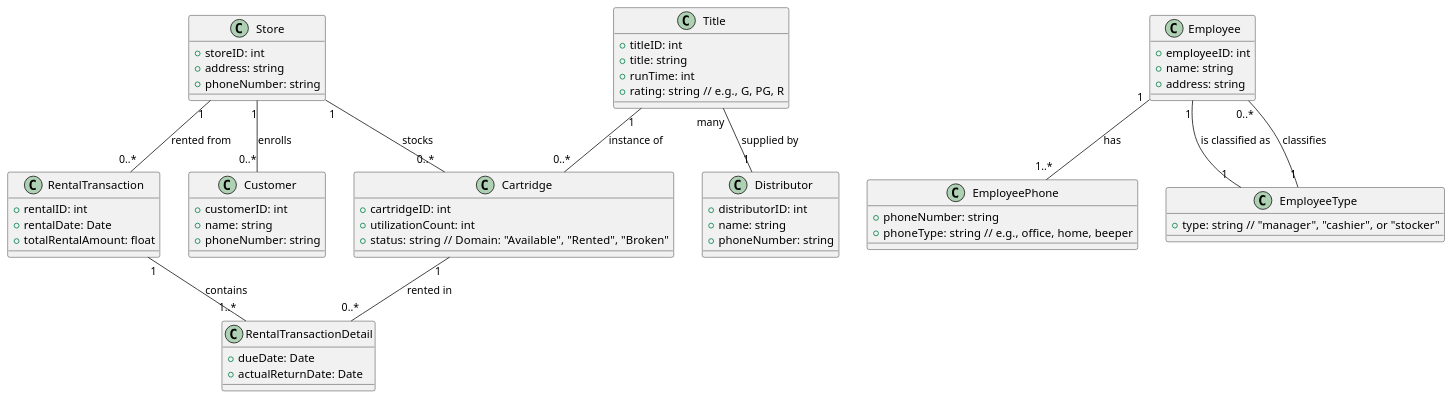
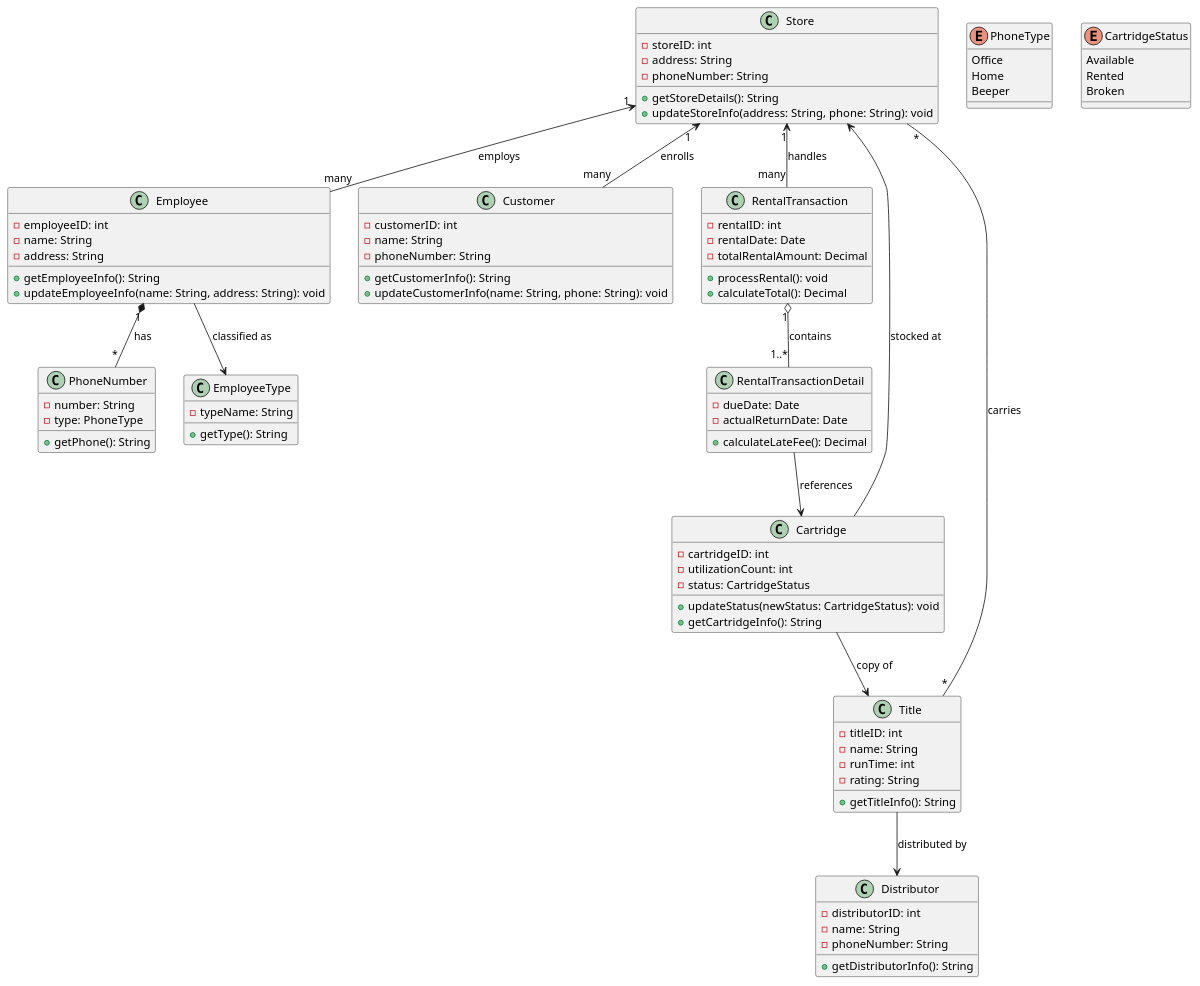
One commit to RayWP/pfsa-id changed the diagram in survey/gen-r-ent-o3-mini/R36_Video Rental_class_diagram.puml. Above: the diagram before and after it, drawn with PlantUML. The commit also changed 20 other files, not shown here.

```diff
--- a/survey/gen-r-ent-o3-mini/R36_Video Rental_class_diagram.puml
+++ b/survey/gen-r-ent-o3-mini/R36_Video Rental_class_diagram.puml
@@ -1,89 +1,132 @@
 @startuml
 
-' Store class
+'============================
+' Store and Related Classes
+'============================
 class Store {
-  +storeID: int
-  +address: string
-  +phoneNumber: string
+  - storeID: int
+  - address: String
+  - phoneNumber: String
+  + getStoreDetails(): String
+  + updateStoreInfo(address: String, phone: String): void
 }
 
-' Employee and related phone and type
+' A store enrolls customers and employs employees.
+Store "1" <-- "many" Employee : employs
+Store "1" <-- "many" Customer : enrolls
+Store "1" <-- "many" RentalTransaction : handles
+
+'============================
+' Employee and PhoneNumber
+'============================
 class Employee {
-  +employeeID: int
-  +name: string
-  +address: string
-}
-class EmployeePhone {
-  +phoneNumber: string
-  +phoneType: string  // e.g., office, home, beeper
-}
-class EmployeeType {
-  +type: string  // "manager", "cashier", or "stocker"
+  - employeeID: int
+  - name: String
+  - address: String
+  + getEmployeeInfo(): String 
+  + updateEmployeeInfo(name: String, address: String): void
 }
 
-' Relationship: an Employee has one or more phone numbers
-Employee "1" -- "1..*" EmployeePhone : has
-' Each Employee is classified by one EmployeeType (and one type classifies many employees)
-Employee "1" -- "1" EmployeeType : is classified as
-EmployeeType "1" -- "0..*" Employee : classifies
+' Each employee has one employee type (manager, cashier, stocker)
+class EmployeeType {
+  - typeName: String
+  + getType(): String
+}
+Employee --> EmployeeType : classified as
 
-' Title and Distributor
-class Title {
-  +titleID: int
-  +title: string
-  +runTime: int
-  +rating: string  // e.g., G, PG, R
-}
-class Distributor {
-  +distributorID: int
-  +name: string
-  +phoneNumber: string
+' Each employee can have many phone numbers.
+class PhoneNumber {
+  - number: String
+  - type: PhoneType
+  + getPhone(): String
 }
 
-' Assuming each Title is supplied by one Distributor, and one Distributor may supply many Titles
-Title "many" -- "1" Distributor : supplied by
-
-' Cartridge (physical cassette) class
-class Cartridge {
-  +cartridgeID: int
-  +utilizationCount: int
-  +status: string  // Domain: "Available", "Rented", "Broken"
+enum PhoneType {
+  Office
+  Home
+  Beeper
 }
 
-' Each Cartridge is an instance (copy) of a Title
-Title "1" -- "0..*" Cartridge : "instance of"
-' Each Cartridge is stocked at one Store
-Store "1" -- "0..*" Cartridge : stocks
+Employee "1" *-- "*" PhoneNumber : has
 
-' Customer class
-class Customer {
-  +customerID: int
-  +name: string
-  +phoneNumber: string
+'============================
+' Title and Distributor
+'============================
+class Title {
+  - titleID: int
+  - name: String
+  - runTime: int
+  - rating: String
+  + getTitleInfo(): String
 }
 
-' A Customer enrolls at one Store
-Store "1" -- "0..*" Customer : enrolls
-
-' Rental Transaction and its Detail Lines
-class RentalTransaction {
-  +rentalID: int
-  +rentalDate: Date
-  +totalRentalAmount: float
+' A title is distributed by one distributor.
+class Distributor {
+  - distributorID: int
+  - name: String
+  - phoneNumber: String
+  + getDistributorInfo(): String
 }
 
-class RentalTransactionDetail {
-  +dueDate: Date
-  +actualReturnDate: Date
+Title --> Distributor : distributed by
+
+' Many stores can carry many titles, but the inventory is maintained as cartridges.
+Store "*" -- "*" Title : carries
+
+'============================
+' Cartridge (Physical Copy)
+'============================
+class Cartridge {
+  - cartridgeID: int
+  - utilizationCount: int
+  - status: CartridgeStatus
+  + updateStatus(newStatus: CartridgeStatus): void
+  + getCartridgeInfo(): String
 }
 
-' Each RentalTransaction is associated with one Store
-Store "1" -- "0..*" RentalTransaction : "rented from"
+enum CartridgeStatus {
+  Available
+  Rented
+  Broken
+}
 
-' A RentalTransaction contains one or more RentalTransactionDetail lines
-RentalTransaction "1" -- "1..*" RentalTransactionDetail : contains
+' Each cartridge is a copy of one title.
+Cartridge --> Title : copy of
+' A cartridge is stocked at a store.
+Cartridge --> Store : stocked at
 
-' Each RentalTransactionDetail is for one Cartridge
-Cartridge "1" -- "0..*" RentalTransactionDetail : "rented in"
+'============================
+' Customer
+'============================
+class Customer {
+  - customerID: int
+  - name: String
+  - phoneNumber: String
+  + getCustomerInfo(): String
+  + updateCustomerInfo(name: String, phone: String): void
+}
+
+'============================
+' Rental Transaction and Detail
+'============================
+class RentalTransaction {
+  - rentalID: int
+  - rentalDate: Date
+  - totalRentalAmount: Decimal
+  + processRental(): void
+  + calculateTotal(): Decimal
+}
+
+' A rental transaction is composed of detail lines.
+class RentalTransactionDetail {
+  - dueDate: Date
+  - actualReturnDate: Date
+  + calculateLateFee(): Decimal
+}
+
+RentalTransaction "1" o-- "1..*" RentalTransactionDetail : contains
+
+' Each rental detail references one cartridge.
+RentalTransactionDetail --> Cartridge : references
 
 @enduml
```
